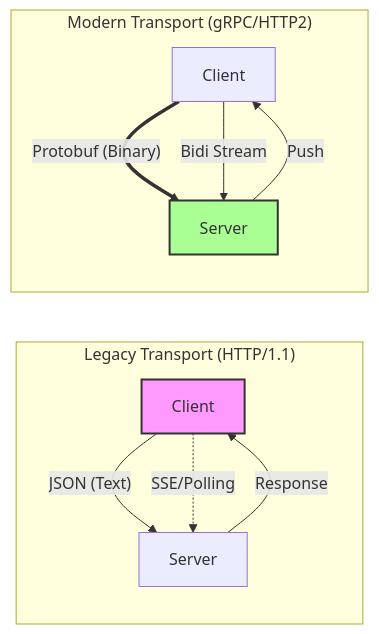
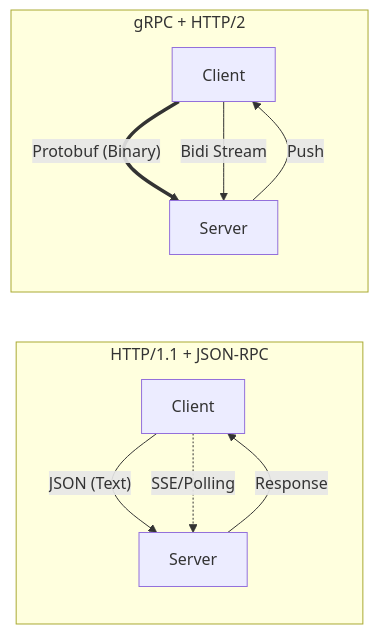
The first of 2 diagrams in proto/README.md (asheshvidyut/python-sdk), drawn with Mermaid before and after one commit. The commit also changed other lines of this file and 4 other files, not shown here.

````diff
--- a/proto/README.md
+++ b/proto/README.md
@@ -9,15 +9,13 @@
 ```mermaid
 graph LR
-    subgraph "Legacy Transport (HTTP/1.1)"
+    subgraph "HTTP/1.1 + JSON-RPC"
         A[Client] -- "JSON (Text)" --> B[Server]
         B -- "Response" --> A
         A -. "SSE/Polling" .-> B
-        style A fill:#f9f,stroke:#333,stroke-width:2px
     end
-    subgraph "Modern Transport (gRPC/HTTP2)"
+    subgraph "gRPC + HTTP/2"
         C[Client] == "Protobuf (Binary)" ==> D[Server]
         C -- "Bidi Stream" --> D
         D -- "Push" --> C
-        style D fill:#00ff0055,stroke:#333,stroke-width:2px
     end
 ```
````
